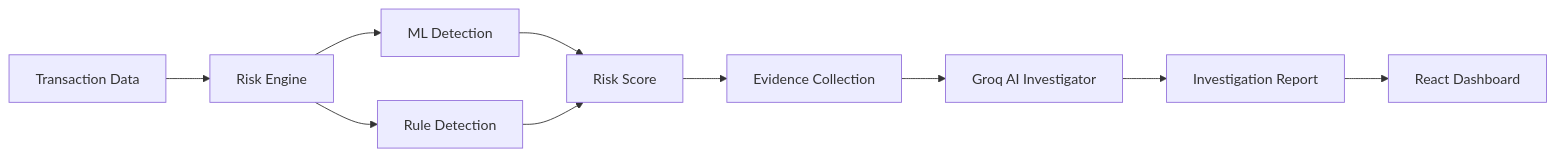
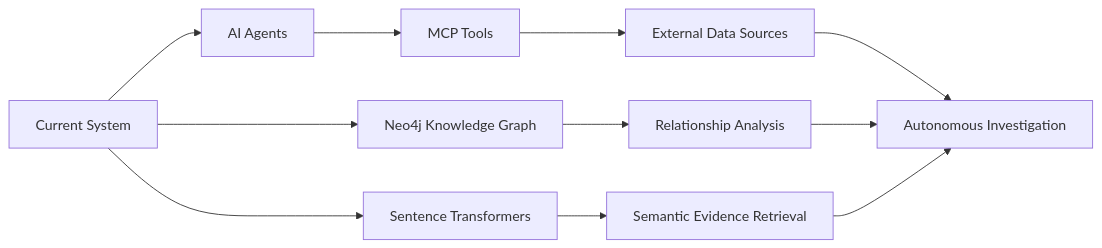
One commit to aman-tamar/ai-risk-investigator changed the third of 3 diagrams in README.md. Above: the diagram before and after it, drawn with Mermaid. The commit also changed other lines of this file, not shown here.

Commit message:
Improve project documentation and architecture

````diff
--- a/README.md
+++ b/README.md
@@ -35,12 +233,16 @@
 ```mermaid
 flowchart LR
-    A[Transaction Data] --> B[Risk Engine]
-    B --> C[ML Detection]
-    B --> D[Rule Detection]
-    C --> E[Risk Score]
-    D --> E
-    E --> F[Evidence Collection]
-    F --> G[Groq AI Investigator]
-    G --> H[Investigation Report]
-    H --> I[React Dashboard]
+    A[Current System] --> B[AI Agents]
+    B --> C[MCP Tools]
+    C --> D[External Data Sources]
+
+    A --> E[Neo4j Knowledge Graph]
+    E --> F[Relationship Analysis]
+
+    A --> G[Sentence Transformers]
+    G --> H[Semantic Evidence Retrieval]
+
+    D --> I[Autonomous Investigation]
+    F --> I
+    H --> I
 ```
````
